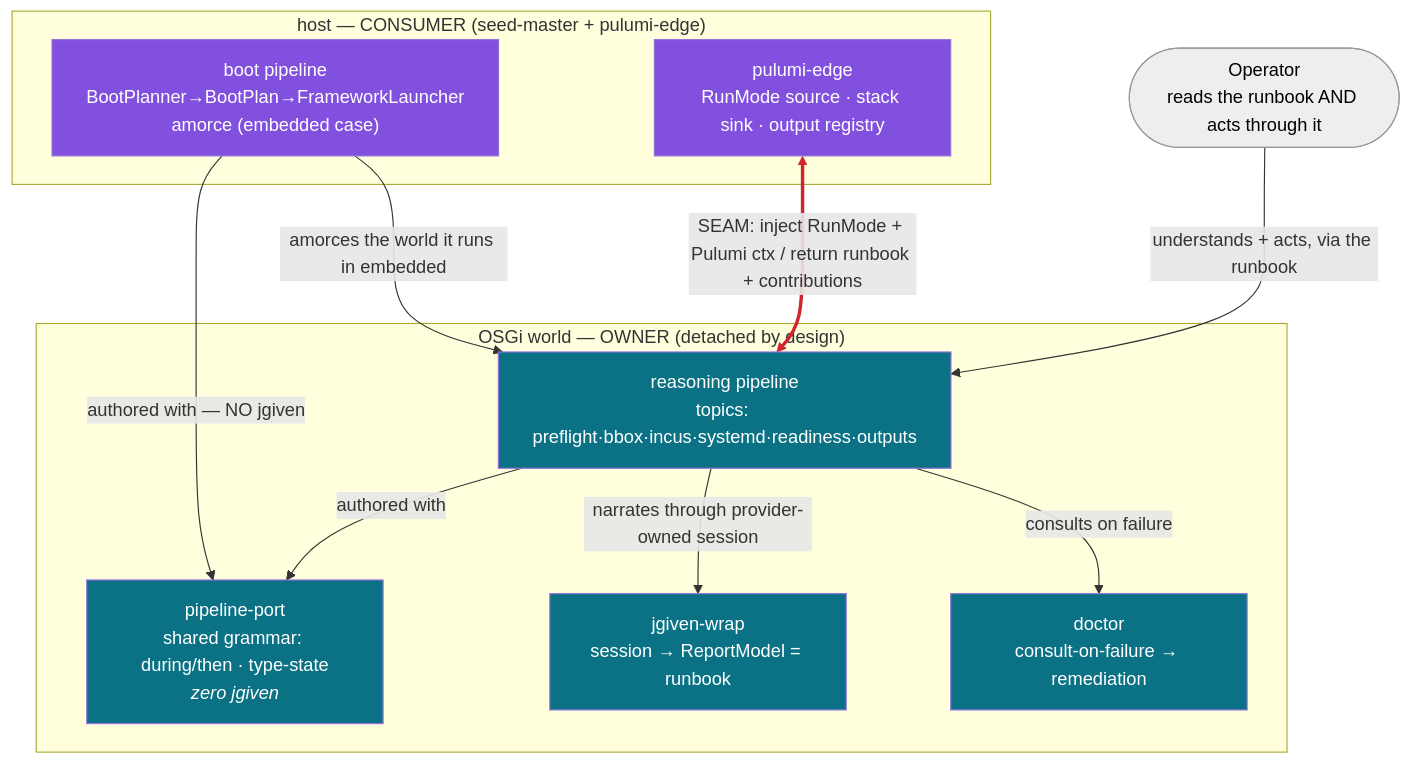
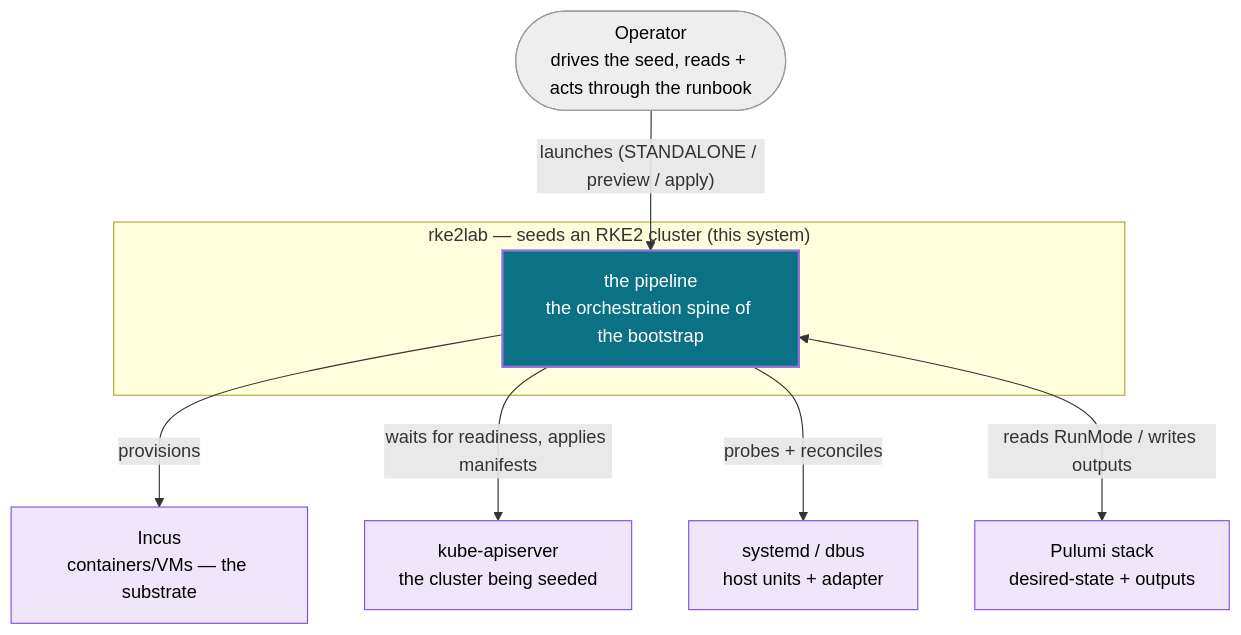
One commit to nxmatic/rke2lab changed the first of 4 diagrams in docs/architecture/osgi/pipeline-spec.adoc. Above: the diagram before and after it, drawn with Mermaid. The commit also changed other lines of this file and 2 other files, not shown here.

```diff
--- a/docs/architecture/osgi/pipeline-spec.adoc
+++ b/docs/architecture/osgi/pipeline-spec.adoc
@@ -106,29 +65,20 @@
 [mermaid]
 ....
 flowchart TB
-  operator(["Operator<br/>reads the runbook AND acts through it"])
-  subgraph osgi["OSGi world — OWNER (detached by design)"]
-    grammar["pipeline-port<br/>shared grammar: during/then · type-state<br/><i>zero jgiven</i>"]
-    reasoning["reasoning pipeline<br/>topics: preflight·bbox·incus·systemd·readiness·outputs"]
-    jgiven["jgiven-wrap<br/>session → ReportModel = runbook"]
-    doctor["doctor<br/>consult-on-failure → remediation"]
+  op(["Operator<br/>drives the seed, reads + acts through the runbook"]):::person
+  subgraph sys["rke2lab — seeds an RKE2 cluster (this system)"]
+    pipe["the pipeline<br/>the orchestration spine of the bootstrap"]:::focus
   end
-  subgraph host["host — CONSUMER (seed-master + pulumi-edge)"]
-    boot["boot pipeline<br/>BootPlanner→BootPlan→FrameworkLauncher<br/>amorce (embedded case)"]
-    edge["pulumi-edge<br/>RunMode source · stack sink · output registry"]
-  end
-  operator -->|understands + acts, via the runbook| reasoning
-  reasoning -->|authored with| grammar
-  reasoning -->|narrates through provider-owned session| jgiven
-  reasoning -->|consults on failure| doctor
-  boot -->|authored with — NO jgiven| grammar
-  boot -->|amorces the world it runs in embedded| reasoning
-  edge <==>|"SEAM: inject RunMode + Pulumi ctx / return runbook + contributions"| reasoning
-  classDef world fill:#0b7285,color:#fff;
-  classDef hostc fill:#8250df,color:#fff;
+  incus["Incus<br/>containers/VMs — the substrate"]:::ext
+  kube["kube-apiserver<br/>the cluster being seeded"]:::ext
+  sysd["systemd / dbus<br/>host units + adapter"]:::ext
+  stack["Pulumi stack<br/>desired-state + outputs"]:::ext
+  op -->|"launches (STANDALONE / preview / apply)"| pipe
+  pipe -->|"provisions"| incus
+  pipe -->|"waits for readiness, applies manifests"| kube
+  pipe -->|"probes + reconciles"| sysd
+  pipe <-->|"reads RunMode / writes outputs"| stack
   classDef person fill:#eee,stroke:#999,color:#000;
-  class grammar,reasoning,jgiven,doctor world
-  class boot,edge hostc
-  class operator person
-  linkStyle 6 stroke:#d1242f,stroke-width:3px;
+  classDef focus fill:#0b7285,color:#fff,stroke-width:2px;
+  classDef ext fill:#efe6fb,stroke:#8250df,color:#000;
 ....
```
